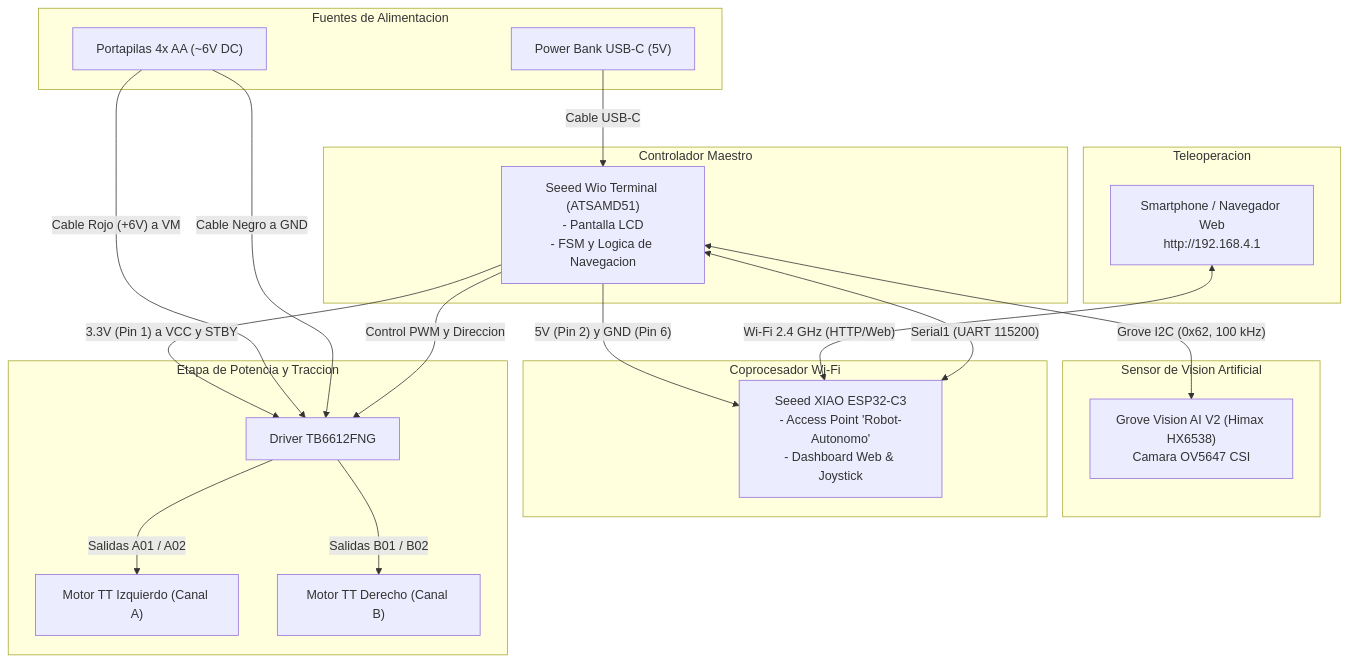
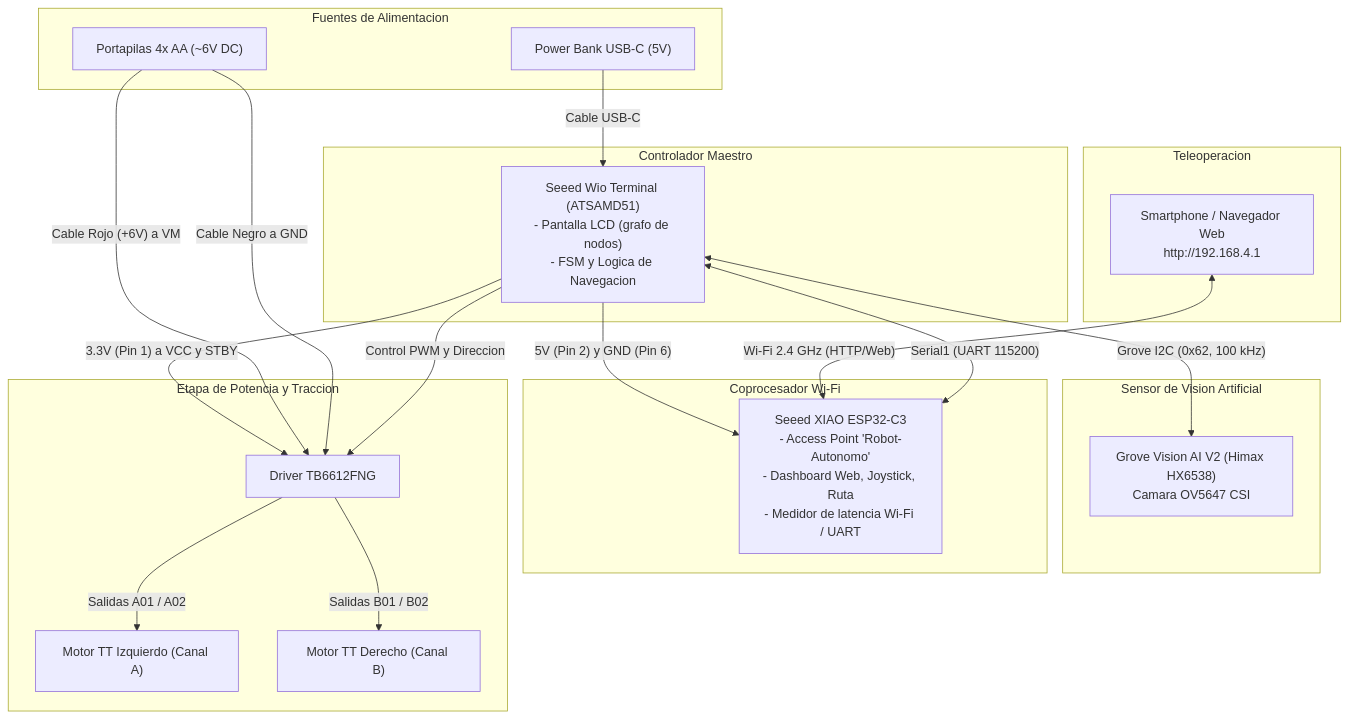
Before and after one commit to ignacioelizeche/Shopenstein_Autonomous_Vehicle: the first of 2 diagrams in DIAGRAMA_CONEXIONES_HARDWARE.md, drawn with Mermaid. The commit also changed other lines of this file and 14 other files, not shown here.

````diff
--- a/DIAGRAMA_CONEXIONES_HARDWARE.md
+++ b/DIAGRAMA_CONEXIONES_HARDWARE.md
@@ -11,46 +11,46 @@
 ```mermaid
 flowchart TD
     subgraph Fuentes ["Fuentes de Alimentacion"]
         PB["Power Bank USB-C (5V)"]
         BAT["Portapilas 4x AA (~6V DC)"]
     end
 
     subgraph Cerebro ["Controlador Maestro"]
-        WIO["Seeed Wio Terminal (ATSAMD51)<br/>- Pantalla LCD<br/>- FSM y Logica de Navegacion"]
+        WIO["Seeed Wio Terminal (ATSAMD51)<br/>- Pantalla LCD (grafo de nodos)<br/>- FSM y Logica de Navegacion"]
     end
 
     subgraph Vision ["Sensor de Vision Artificial"]
         CAM["Grove Vision AI V2 (Himax HX6538)<br/>Camara OV5647 CSI"]
     end
 
     subgraph Comunicaciones ["Coprocesador Wi-Fi"]
-        ESP["Seeed XIAO ESP32-C3<br/>- Access Point 'Robot-Autonomo'<br/>- Dashboard Web & Joystick"]
+        ESP["Seeed XIAO ESP32-C3<br/>- Access Point 'Robot-Autonomo'<br/>- Dashboard Web, Joystick, Ruta<br/>- Medidor de latencia Wi-Fi / UART"]
     end
 
     subgraph Potencia ["Etapa de Potencia y Traccion"]
         DRV["Driver TB6612FNG"]
         MOT_IZQ["Motor TT Izquierdo (Canal A)"]
         MOT_DER["Motor TT Derecho (Canal B)"]
     end
 
     subgraph Usuario ["Teleoperacion"]
         PHONE["Smartphone / Navegador Web<br/>http://192.168.4.1"]
     end
 
     %% Conexiones de Alimentacion
     PB -->|Cable USB-C| WIO
     WIO -->|"5V (Pin 2) y GND (Pin 6)"| ESP
     WIO -->|"3.3V (Pin 1) a VCC y STBY"| DRV
     BAT -->|"Cable Rojo (+6V) a VM"| DRV
     BAT -->|"Cable Negro a GND"| DRV
 
     %% Conexiones de Datos
     WIO <-->|"Grove I2C (0x62, 100 kHz)"| CAM
     ESP <-->|"Serial1 (UART 115200)"| WIO
     PHONE <-->|"Wi-Fi 2.4 GHz (HTTP/Web)"| ESP
 
     %% Conexiones de Motores
     DRV -->|"Salidas A01 / A02"| MOT_IZQ
     DRV -->|"Salidas B01 / B02"| MOT_DER
     WIO -->|"Control PWM y Direccion"| DRV
 ```
````
